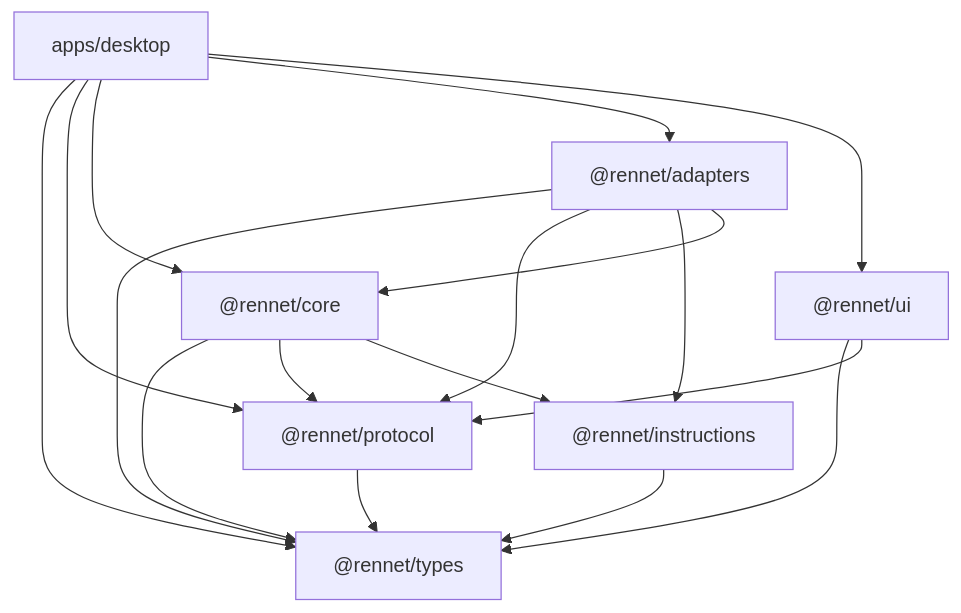
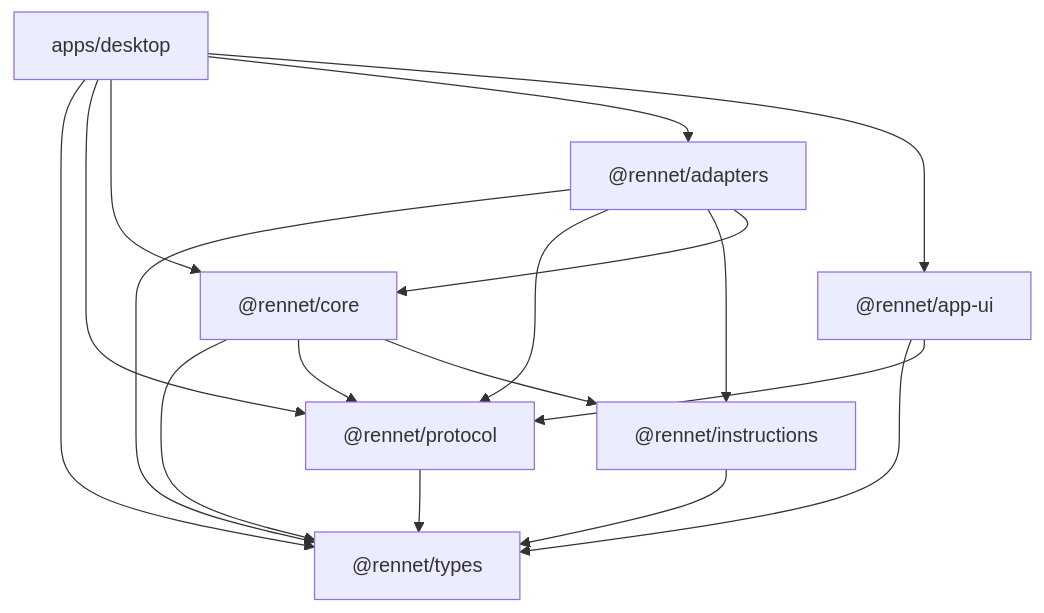
The first of 3 diagrams in docs/src/content/docs/developing/guide/repository-bootstrap.md (rbutera/Rennet), drawn with Mermaid before and after one commit. The commit also changed other lines of this file and 235 other files, not shown here.

First line of the commit message:
refactor(ui): rename packages/ui to app-ui and scaffold vendored @rennet/ui kit

````diff
--- a/docs/src/content/docs/developing/guide/repository-bootstrap.md
+++ b/docs/src/content/docs/developing/guide/repository-bootstrap.md
@@ -50,27 +50,27 @@
 ```mermaid
 flowchart TD
   types["@rennet/types"]
   protocol["@rennet/protocol"]
   instructions["@rennet/instructions"]
   core["@rennet/core"]
   adapters["@rennet/adapters"]
-  ui["@rennet/ui"]
+  ui["@rennet/app-ui"]
   desktop["apps/desktop"]
 
   protocol --> types
   instructions --> types
   core --> types
   core --> protocol
   core --> instructions
   adapters --> types
   adapters --> protocol
   adapters --> instructions
   adapters --> core
   ui --> types
   ui --> protocol
   desktop --> types
   desktop --> protocol
   desktop --> core
   desktop --> adapters
   desktop --> ui
 ```
````
